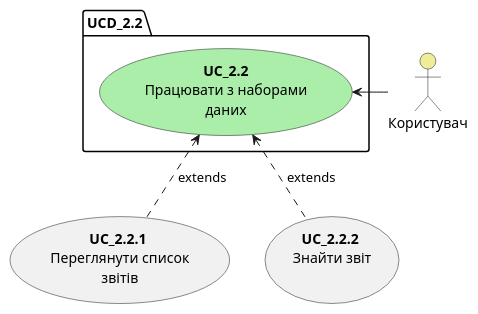
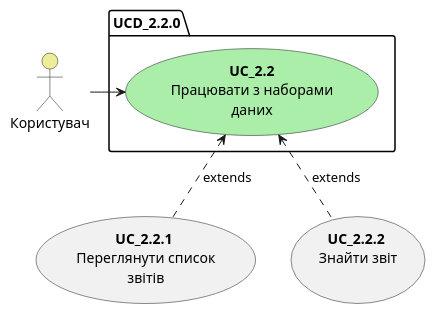
Before and after one commit to boldak/database_basics_template: the diagram in src/uml/UCD_2.2.puml, drawn with PlantUML.

```diff
--- a/src/uml/UCD_2.2.puml
+++ b/src/uml/UCD_2.2.puml
@@ -1,16 +1,16 @@
 @startuml
-package UCD_2.2 {
+package UCD_2.2.0 {
         usecase "<b>UC_2.2</b>\nПрацювати з наборами\nданих" as UC_2.2 #aaeeaa
     }
 
     actor "Користувач" as User #eeee99
     
     usecase "<b>UC_2.2.1</b> \nПереглянути список\nзвітів" as UC_2.2.1
     usecase "<b>UC_2.2.2</b> \nЗнайти звіт\n" as UC_2.2.2
 
 
-    User -l-> UC_2.2
+    User -r-> UC_2.2
     
     UC_2.2.1 .u.> UC_2.2: extends
     UC_2.2.2 .u.> UC_2.2: extends
 @enduml
```
